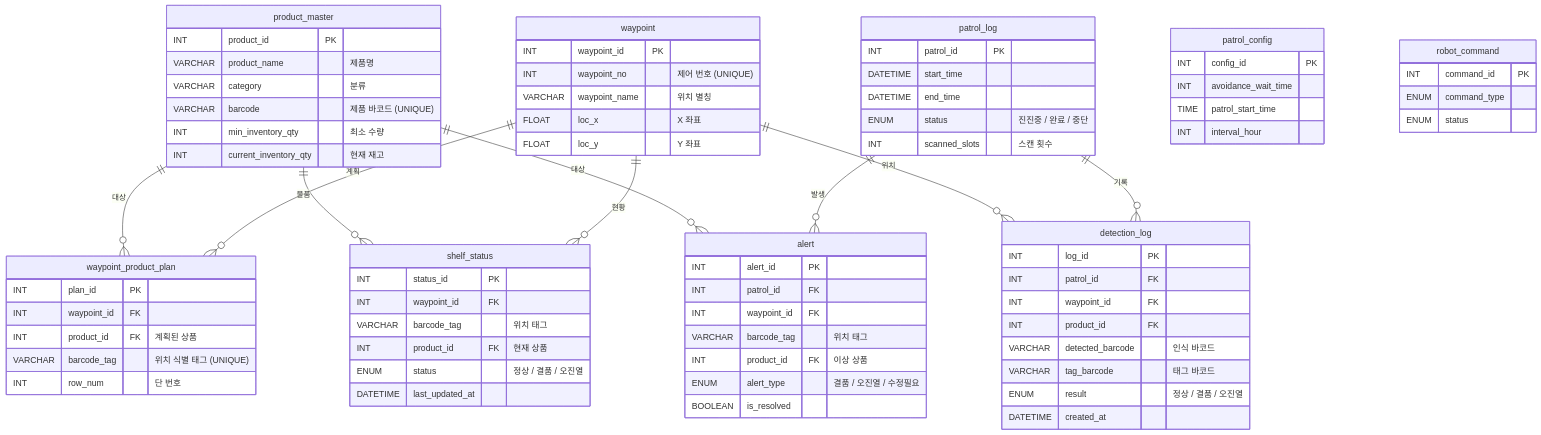
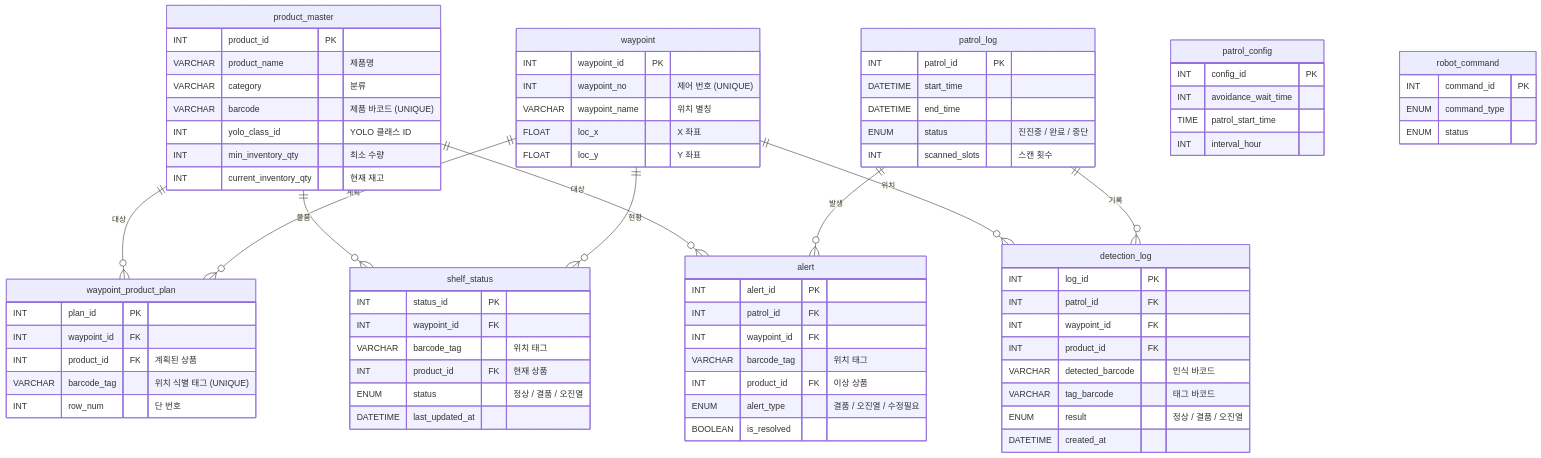
One commit to Hoon0185/AI_Robot_Final_Project202603 changed the diagram in db-server/doc/erd.md. Above: the diagram before and after it, drawn with Mermaid. The commit also changed other lines of this file and 3 other files, not shown here.

```diff
--- a/db-server/doc/erd.md
+++ b/db-server/doc/erd.md
@@ -51,6 +52,7 @@
         VARCHAR product_name "제품명"
         VARCHAR category "분류"
         VARCHAR barcode "제품 바코드 (UNIQUE)"
+        INT yolo_class_id "YOLO 클래스 ID"
         INT min_inventory_qty "최소 수량"
         INT current_inventory_qty "현재 재고"
     }
```
